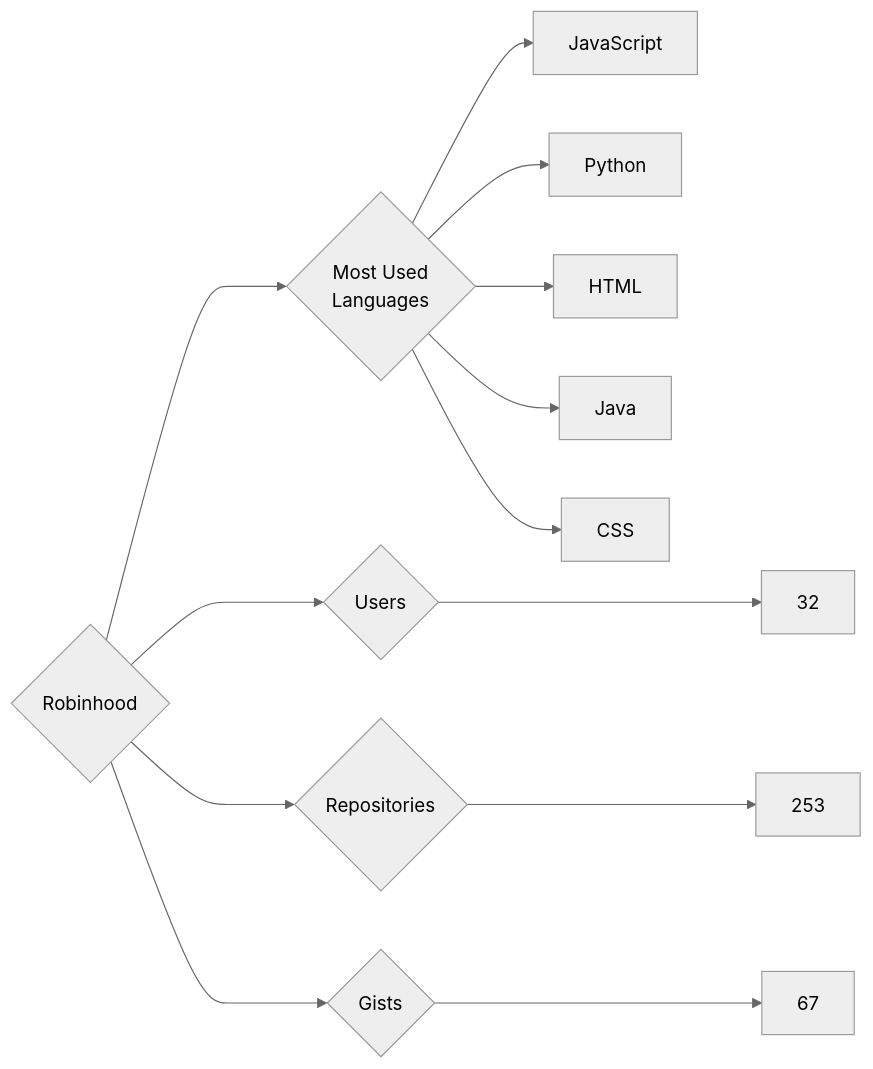
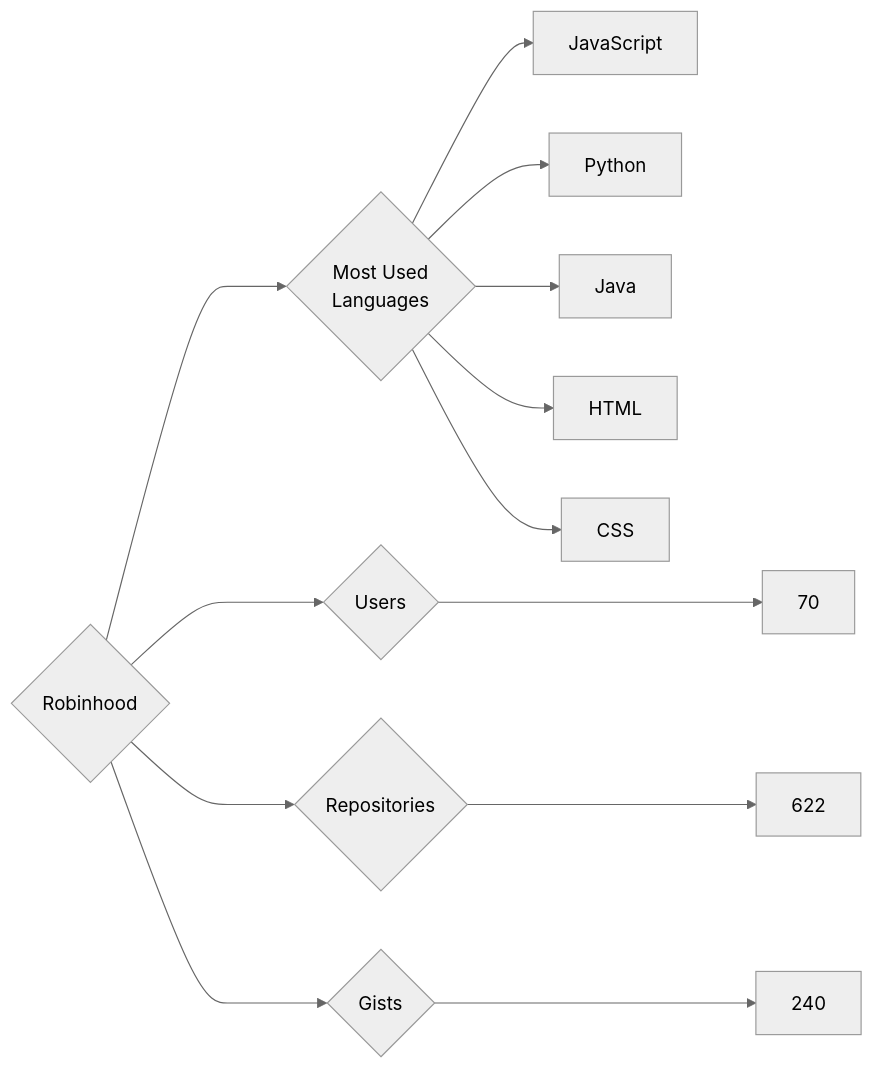
Before and after one commit to trickest/insiders: the diagram in targets/Robinhood/README.md, drawn with Mermaid (neutral theme). The commit also changed 886 other files, not shown here.

````diff
--- a/targets/Robinhood/README.md
+++ b/targets/Robinhood/README.md
@@ -3,13 +3,13 @@
 ```mermaid
 graph LR
 COMPANY_NAME{Robinhood}
-COMPANY_NAME ---> U{Users} ---> UN[32]
-COMPANY_NAME ---> R{Repositories} ---> RN[253]
-COMPANY_NAME ---> G{Gists} ---> GN[67]
+COMPANY_NAME ---> U{Users} ---> UN[70]
+COMPANY_NAME ---> R{Repositories} ---> RN[622]
+COMPANY_NAME ---> G{Gists} ---> GN[240]
 COMPANY_NAME ---> ML{Most Used<br>Languages}
 ML --> JavaScript[JavaScript]
 ML --> Python[Python]
+ML --> Java[Java]
 ML --> HTML[HTML]
-ML --> Java[Java]
 ML --> CSS[CSS]
 ```
````
